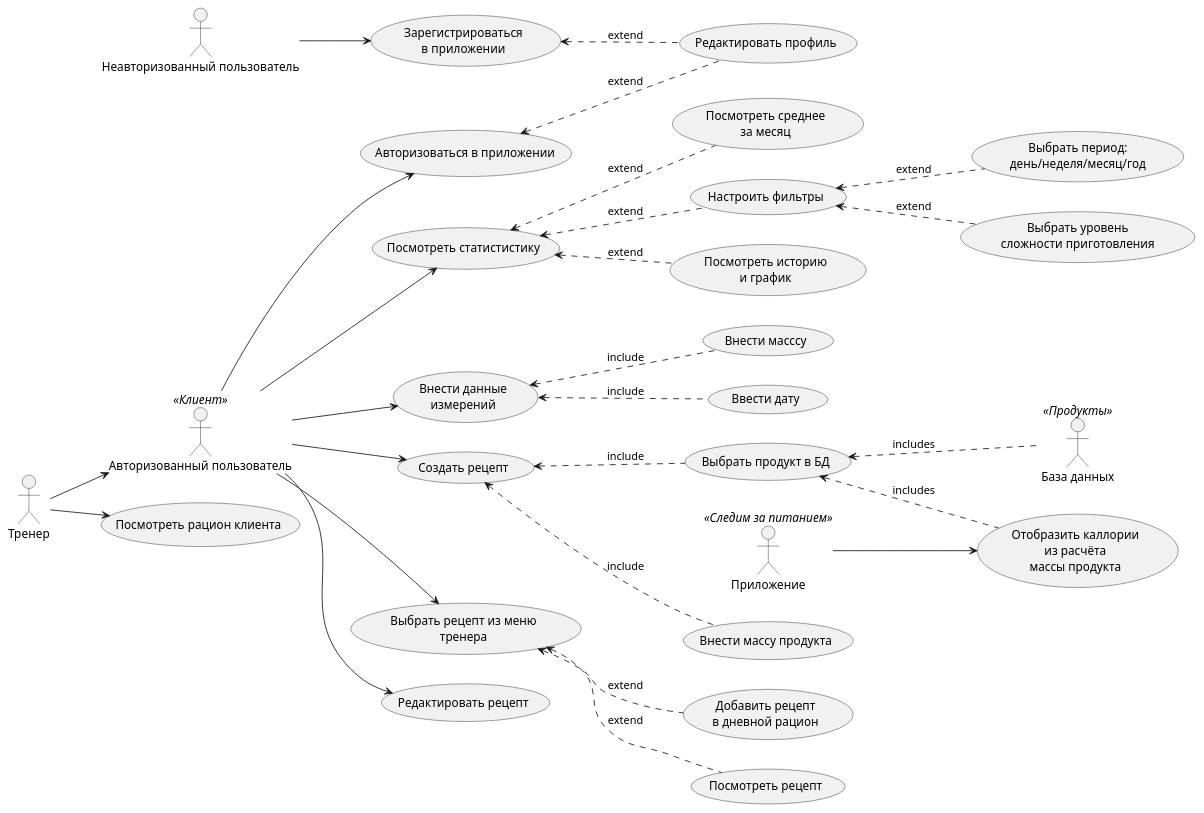
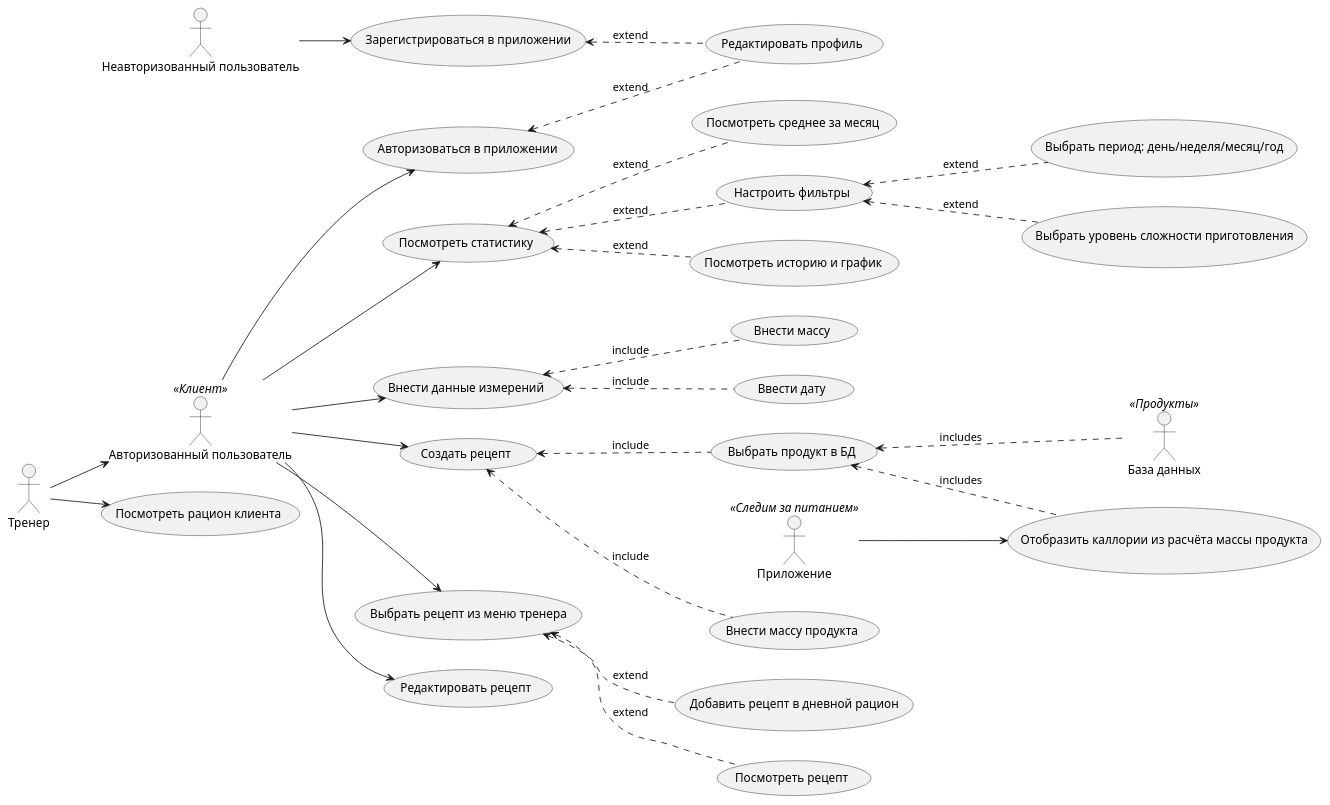
One commit to KateVishnya/nutrition-watch changed the diagram in src/diagrams/use-case.wsd. Above: the diagram before and after it, drawn with PlantUML. The commit also changed other lines of this file and 3 other files, not shown here.

```diff
--- a/src/diagrams/use-case.wsd
+++ b/src/diagrams/use-case.wsd
@@ -1,91 +2,80 @@
-@startuml
+    @startuml
+    left to right direction
+    skinparam packageStyle rectangle
 
-left to right direction
-skinparam packageStyle rectangle
+    ' Роли
+    :Тренер: as couch
+    :Авторизованный пользователь: as user <<Клиент>>
+    :Неавторизованный пользователь: as un_user
+    :Приложение: as app <<Следим за питанием>>
+    :База данных: as database <<Продукты>>
 
-' Роли
-:Тренер: as couch
-:Авторизованный пользователь: as user <<Клиент>>
-:Неавторизованный пользователь: as un_user
-:Приложение: as app <<Следим за питанием>>
-:База данных: as database <<Продукты>>
+    couch -->  user 
 
-couch -->  user 
+    usecase uc_reg  as "Зарегистрироваться в приложении"
+    usecase uc_edit_profile  as "Редактировать профиль"
+    usecase  uc_sign_in as "Авторизоваться в приложении"
 
-usecase uc_reg  as "Зарегистрироваться
-в приложении"
-usecase uc_edit_profile  as "Редактировать профиль"
-usecase  uc_sign_in as "Авторизоваться в приложении"
+    usecase show_callories as "Отобразить каллории из расчёта массы продукта"
 
-usecase show_callories as "Отобразить каллории
-из расчёта
-массы продукта"
+    usecase view_stat as "Посмотреть статистику"
+    usecase view_average as "Посмотреть среднее за месяц"
 
-usecase view_stat as "Посмотреть статистистику"
-usecase view_average as "Посмотреть среднее
-за месяц"
+    usecase enter_data  as "Внести данные измерений"
+    usecase add_mass as "Внести массу"
+    usecase add_date as "Ввести дату"
 
-usecase enter_data  as "Внести данные
-измерений"
-usecase add_mass as "Внести масссу"
-usecase add_dateas "Ввести дату"
+    ' Рецепты могут создать и пользователи и клиенты
+    usecase create_recipe  as "Создать рецепт"
+    usecase uc_check_eat as "Выбрать продукт в БД"
 
-' Рецепты могут создать и пользователи и клиенты
-usecase create_recipe  as "Создать рецепт"
-usecase uc_check_eat as "Выбрать продукт в БД"
+    usecase uc_add_eat  as "Внести массу продукта"
 
-usecase uc_add_eat  as "Внести массу продукта"
+    usecase choose_recipe as "Выбрать рецепт из меню тренера"
+    usecase save_recipe as "Добавить рецепт в дневной рацион"
+    usecase edit_recipe  as "Редактировать рецепт"
 
-usecase choose_recipe as "Выбрать рецепт из меню
-тренера"
-usecase save_recipe as "Добавить рецепт
-в дневной рацион"
-usecase edit_recipe  as "Редактировать рецепт"
+    usecase view_recipe as "Посмотреть рецепт"
 
-usecase view_recipe as "Посмотреть рецепт"
-
-usecase configure_filters as "Настроить фильтры"
+    usecase configure_filters as "Настроить фильтры"
 
 
-usecase view_history_schedule  as "Посмотреть историю
-и график"
-usecase select_period as "Выбрать период:
-день/неделя/месяц/год"
-usecase select_kitchen as "Выбрать уровень
-сложности приготовления"
-usecase view_diet as "Посмотреть рацион клиента"
+    usecase view_history_schedule  as "Посмотреть историю и график"
+    usecase select_period as "Выбрать период: день/неделя/месяц/год"
+    usecase select_kitchen as "Выбрать уровень сложности приготовления"
+    usecase view_diet as "Посмотреть рацион клиента"
 
-' Связи
+    ' Связи
 
-un_user --> uc_reg
-uc_reg <.. uc_edit_profile : extend
-user --> uc_sign_in
-uc_sign_in <.. uc_edit_profile : extend
+    un_user --> uc_reg
+    uc_reg <.. uc_edit_profile : extend
+    user --> uc_sign_in
+    uc_sign_in <.. uc_edit_profile : extend
 
-user --> enter_data
-enter_data <.. add_mass : include
-enter_data <.. add_date : include
+    user --> enter_data
+    enter_data <.. add_mass : include
+    enter_data <.. add_date : include
 
-user --> create_recipe
-create_recipe <.. uc_check_eat : include
-create_recipe <.. uc_add_eat : include
+    user --> create_recipe
+    create_recipe <.. uc_check_eat : include
+    create_recipe <.. uc_add_eat : include
 
-user --> choose_recipe
-user --> edit_recipe
-choose_recipe <.. view_recipe : extend
-choose_recipe <.. save_recipe : extend
+    user --> choose_recipe
+    user --> edit_recipe
+    choose_recipe <.. view_recipe : extend
+    choose_recipe <.. save_recipe : extend
 
-user --> view_stat
-view_stat <.. view_average : extend
-view_stat <.. view_history_schedule : extend
-view_stat <.. configure_filters : extend
-configure_filters <.. select_period : extend
-configure_filters <.. select_kitchen :extend
+    user --> view_stat
+    view_stat <.. view_average : extend
+    view_stat <.. view_history_schedule : extend
+    view_stat <.. configure_filters : extend
+    configure_filters <.. select_period : extend
+    configure_filters <.. select_kitchen :extend
 
 
-app --> show_callories
-uc_check_eat <.. database : includes
-uc_check_eat <.. show_callories : includes
+    app --> show_callories
+    uc_check_eat <.. database : includes
+    uc_check_eat <.. show_callories : includes
 
-couch --> view_diet
-@enduml
+    couch --> view_diet
+    @enduml
```
